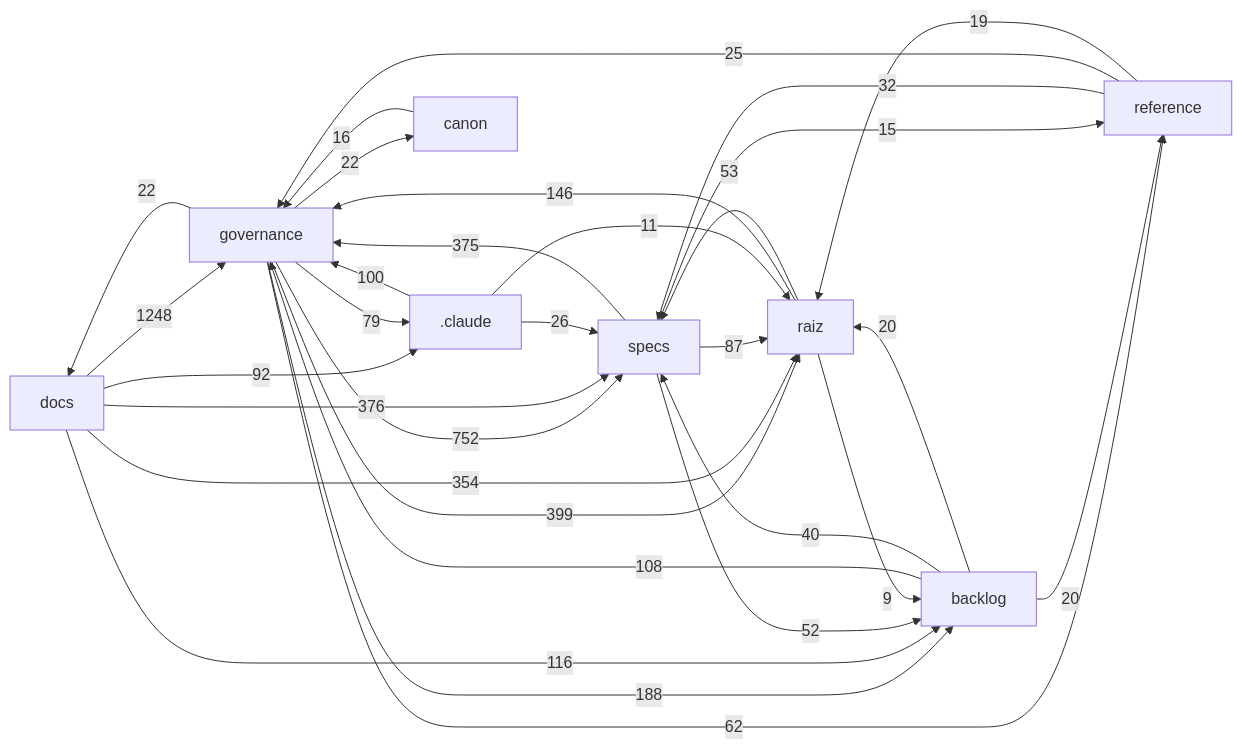
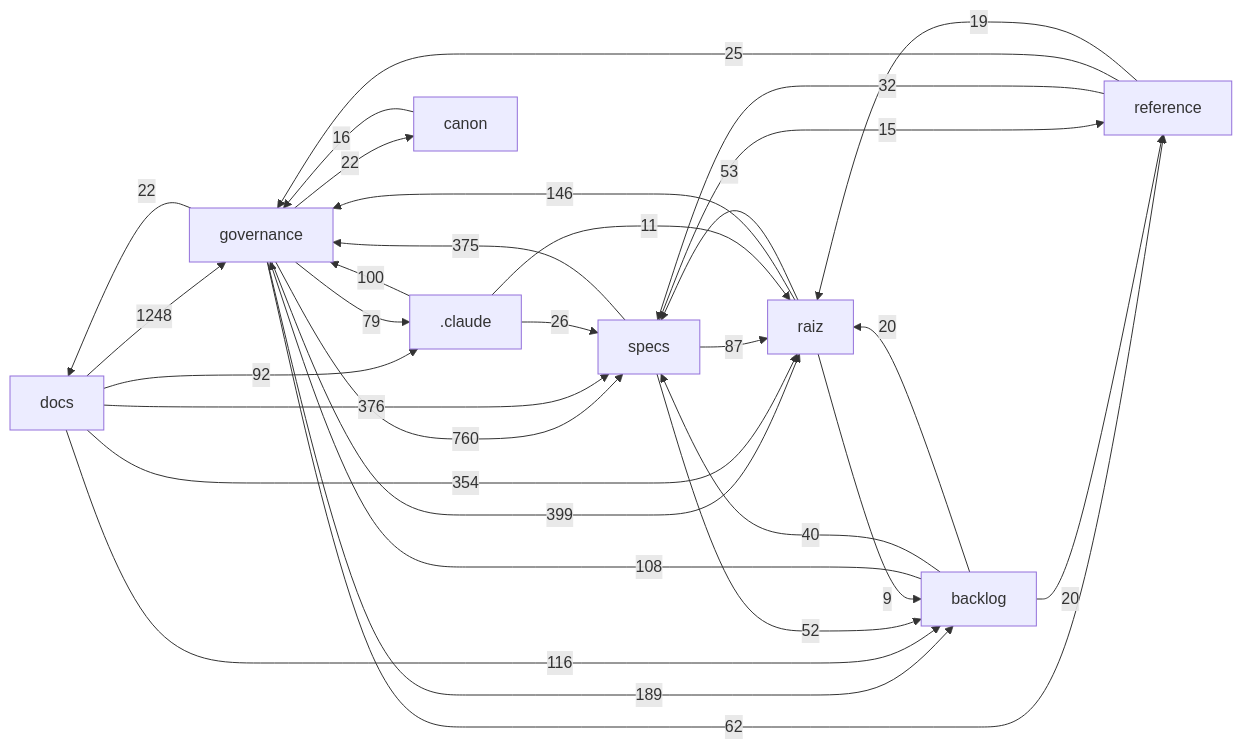
One commit to Andraus35/Sistema-Operacional-de-Trading--SOT changed the diagram in docs/mapa/MAPA-PROJETO.md. Above: the diagram before and after it, drawn with Mermaid. The commit also changed other lines of this file and 2 other files, not shown here.

````diff
--- a/docs/mapa/MAPA-PROJETO.md
+++ b/docs/mapa/MAPA-PROJETO.md
@@ -29,33 +29,33 @@
 ```mermaid
 flowchart LR
   docs["docs"] -->|1248| governance["governance"]
-  governance["governance"] -->|752| specs["specs"]
+  governance["governance"] -->|760| specs["specs"]
   governance["governance"] -->|399| raiz["raiz"]
   docs["docs"] -->|376| specs["specs"]
   specs["specs"] -->|375| governance["governance"]
   docs["docs"] -->|354| raiz["raiz"]
-  governance["governance"] -->|188| backlog["backlog"]
+  governance["governance"] -->|189| backlog["backlog"]
   raiz["raiz"] -->|146| governance["governance"]
   docs["docs"] -->|116| backlog["backlog"]
   backlog["backlog"] -->|108| governance["governance"]
   _claude[".claude"] -->|100| governance["governance"]
   docs["docs"] -->|92| _claude[".claude"]
   specs["specs"] -->|87| raiz["raiz"]
   governance["governance"] -->|79| _claude[".claude"]
   governance["governance"] -->|62| reference["reference"]
   raiz["raiz"] -->|53| specs["specs"]
   specs["specs"] -->|52| backlog["backlog"]
   backlog["backlog"] -->|40| specs["specs"]
   reference["reference"] -->|32| specs["specs"]
   _claude[".claude"] -->|26| specs["specs"]
   reference["reference"] -->|25| governance["governance"]
   governance["governance"] -->|22| docs["docs"]
   governance["governance"] -->|22| canon["canon"]
   backlog["backlog"] -->|20| raiz["raiz"]
   backlog["backlog"] -->|20| reference["reference"]
   reference["reference"] -->|19| raiz["raiz"]
   canon["canon"] -->|16| governance["governance"]
   specs["specs"] -->|15| reference["reference"]
   _claude[".claude"] -->|11| raiz["raiz"]
   raiz["raiz"] -->|9| backlog["backlog"]
 ```
````
